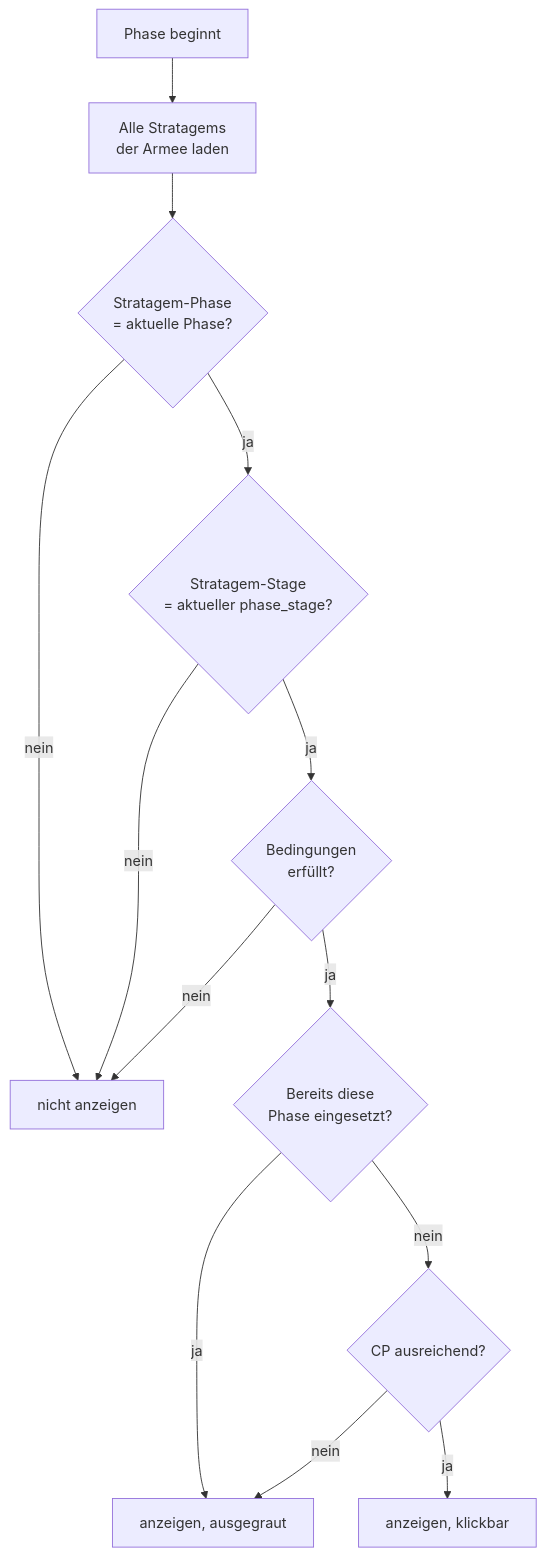
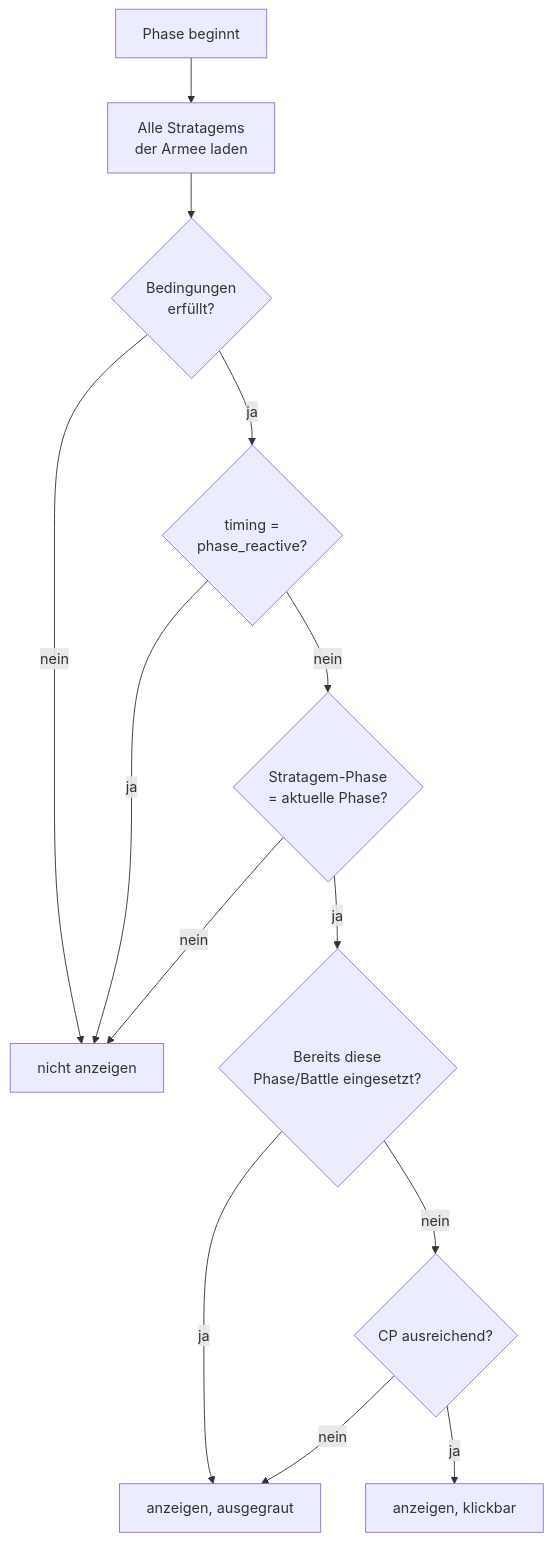
The sixth of 15 diagrams in docs/spec/processes.md (WolfgangKoe/Arbiter), drawn with Mermaid before and after one commit. The commit also changed other lines of this file and 9 other files, not shown here.

````diff
--- a/docs/spec/processes.md
+++ b/docs/spec/processes.md
@@ -135,15 +132,15 @@
 ```mermaid
 flowchart TD
     A[Phase beginnt] --> B[Alle Stratagems\nder Armee laden]
-    B --> C{Stratagem-Phase\n= aktuelle Phase?}
+    B --> C{Bedingungen\nerfüllt?}
     C -- nein --> HIDE[nicht anzeigen]
-    C -- ja --> D{Stratagem-Stage\n= aktueller phase_stage?}
+    C -- ja --> T{timing =\nphase_reactive?}
+    T -- ja --> HIDE
+    T -- nein --> D{Stratagem-Phase\n= aktuelle Phase?}
     D -- nein --> HIDE
-    D -- ja --> E{Bedingungen\nerfüllt?}
-    E -- nein --> HIDE
-    E -- ja --> F{Bereits diese\nPhase eingesetzt?}
+    D -- ja --> F{Bereits diese\nPhase/Battle eingesetzt?}
     F -- ja --> GREY[anzeigen, ausgegraut]
     F -- nein --> G{CP ausreichend?}
     G -- nein --> GREY
     G -- ja --> CLICK[anzeigen, klickbar]
 ```
````
